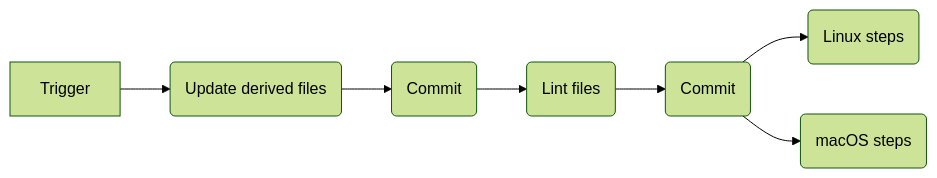
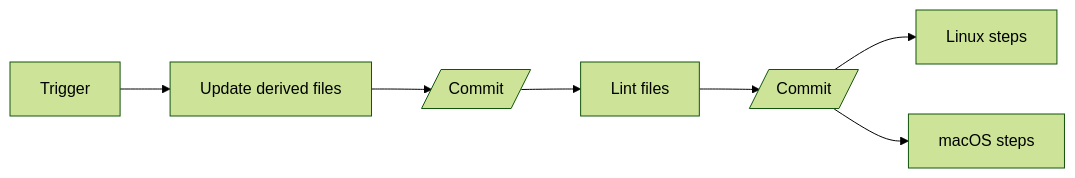
One commit to satreix/poc-gh-actions changed the diagram in README.md. Above: the diagram before and after it, drawn with Mermaid (forest theme). The commit also changed other lines of this file and 11 other files, not shown here.

````diff
--- a/README.md
+++ b/README.md
@@ -42,12 +46,13 @@
 ```mermaid
-graph LR;
-  update_derived(Update derived files);
-  lint_files(Lint files);
-  steps_linux(Linux steps);
-  steps_mac(macOS steps);
-  c1(Commit);
-  c2(Commit);
-  Trigger --> update_derived --> c1 --> lint_files --> c2;
-  c2 --> steps_linux;
-  c2 --> steps_mac;
+graph LR
+  trigger[Trigger]
+  update_derived[Update derived files]
+  lint_files[Lint files]
+  steps_linux[Linux steps]
+  steps_mac[macOS steps]
+  c1[/Commit/]
+  c2[/Commit/]
+  trigger --> update_derived --> c1 --> lint_files --> c2
+  c2 --> steps_linux
+  c2 --> steps_mac
 ```
````
